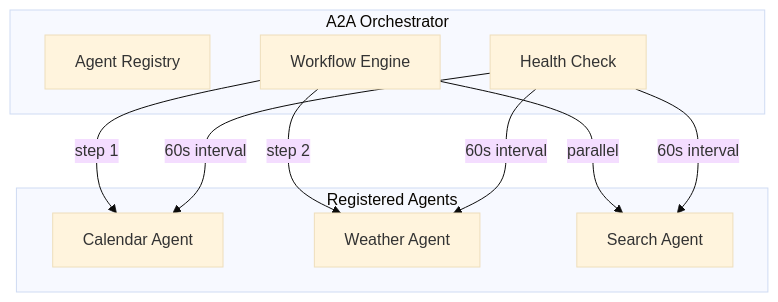
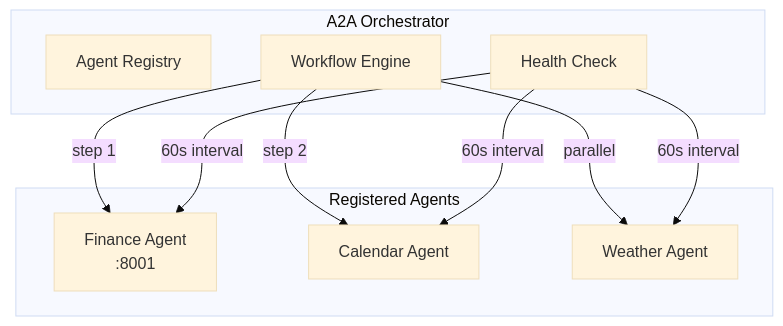
One commit to ldmrepo/michael changed diagram 16 of 20 in docs/ARCHITECTURE.md. Above: the diagram before and after it, drawn with Mermaid (base theme). The commit also changed other lines of this file, not shown here.

First line of the commit message:
docs: ARCHITECTURE.md 업데이트 - Finance Agent 아키텍처 추가

````diff
--- a/docs/ARCHITECTURE.md
+++ b/docs/ARCHITECTURE.md
@@ -468,21 +636,21 @@
 ```mermaid
 graph TB
     subgraph Orchestrator["A2A Orchestrator"]
         REG[Agent Registry]
         HEALTH[Health Check]
         WORKFLOW[Workflow Engine]
     end
 
     subgraph Agents["Registered Agents"]
-        A1[Calendar Agent]
-        A2[Weather Agent]
-        A3[Search Agent]
+        A1[Finance Agent<br/>:8001]
+        A2[Calendar Agent]
+        A3[Weather Agent]
     end
 
     WORKFLOW -->|step 1| A1
     WORKFLOW -->|step 2| A2
     WORKFLOW -->|parallel| A3
     HEALTH -->|60s interval| A1
     HEALTH -->|60s interval| A2
     HEALTH -->|60s interval| A3
 ```
````
